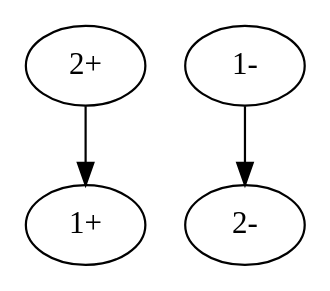
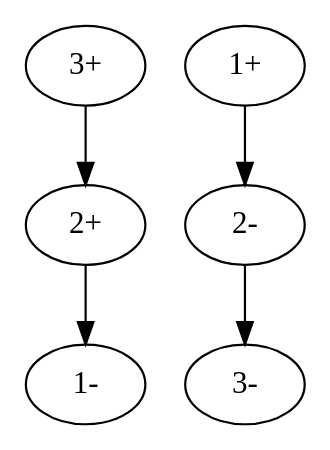
Before and after one commit to bcgsc/arcs: the diagram in Examples/arcs-long_test-demo/output/test_scaffolds_c3_m8-10000_cut250_s70_r0.05_e30000_z500.dist.gv, drawn with Graphviz. The commit also changed 17 other files, not shown here.

```diff
--- a/Examples/arcs-long_test-demo/output/test_scaffolds_c3_m8-10000_cut250_s70_r0.05_e30000_z500.dist.gv
+++ b/Examples/arcs-long_test-demo/output/test_scaffolds_c3_m8-10000_cut250_s70_r0.05_e30000_z500.dist.gv
@@ -1,8 +1,12 @@
 digraph arcs {
-"2+" [l=116698]
-"2-" [l=116698]
-"1+" [l=32058]
-"1-" [l=32058]
-"2+" -> "1+" [d=100 e=100.0 n=3]
-"1-" -> "2-" [d=100 e=100.0 n=3]
+"3+" [l=23450]
+"3-" [l=23450]
+"2+" [l=38068]
+"2-" [l=38068]
+"1+" [l=61348]
+"1-" [l=61348]
+"3+" -> "2+" [d=100 e=100.0 n=4]
+"2+" -> "1-" [d=100 e=100.0 n=5]
+"2-" -> "3-" [d=100 e=100.0 n=4]
+"1+" -> "2-" [d=100 e=100.0 n=5]
 }
```
